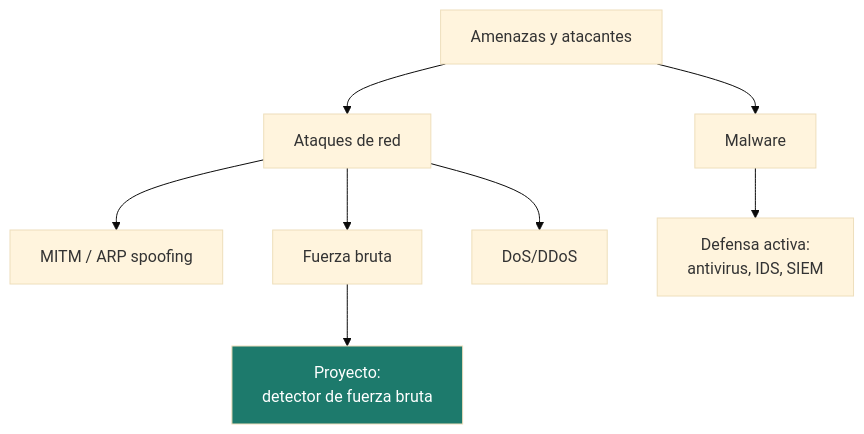
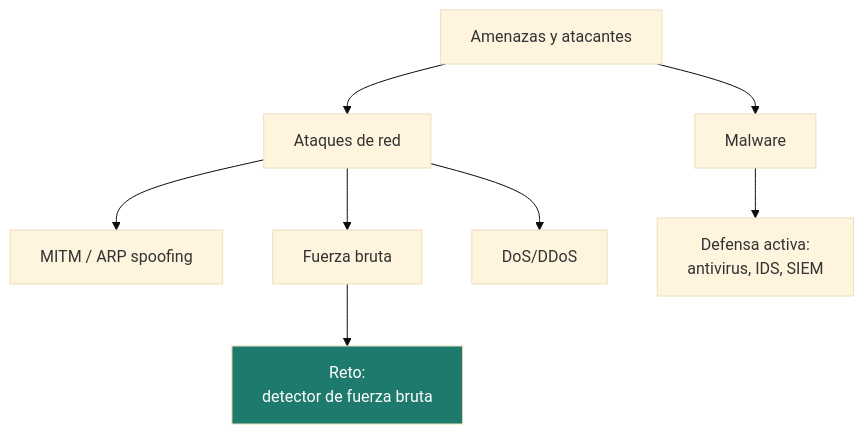
Before and after one commit to campusdevfp/cybersec2627: the first of 2 diagrams in docs/ud2/index.md, drawn with Mermaid (base theme). The commit also changed other lines of this file and 16 other files, not shown here.

````diff
--- a/docs/ud2/index.md
+++ b/docs/ud2/index.md
@@ -15,11 +15,11 @@
 ```mermaid
 flowchart TB
     A[Amenazas y atacantes] --> B[Malware]
     A --> C[Ataques de red]
     C --> C1[MITM / ARP spoofing]
     C --> C2[Fuerza bruta]
     C --> C3[DoS/DDoS]
     B --> D[Defensa activa:<br/>antivirus, IDS, SIEM]
-    C2 --> P[Proyecto:<br/>detector de fuerza bruta]
+    C2 --> P[Reto:<br/>detector de fuerza bruta]
     style P fill:#1d7a6c,color:#fff
 ```
````
